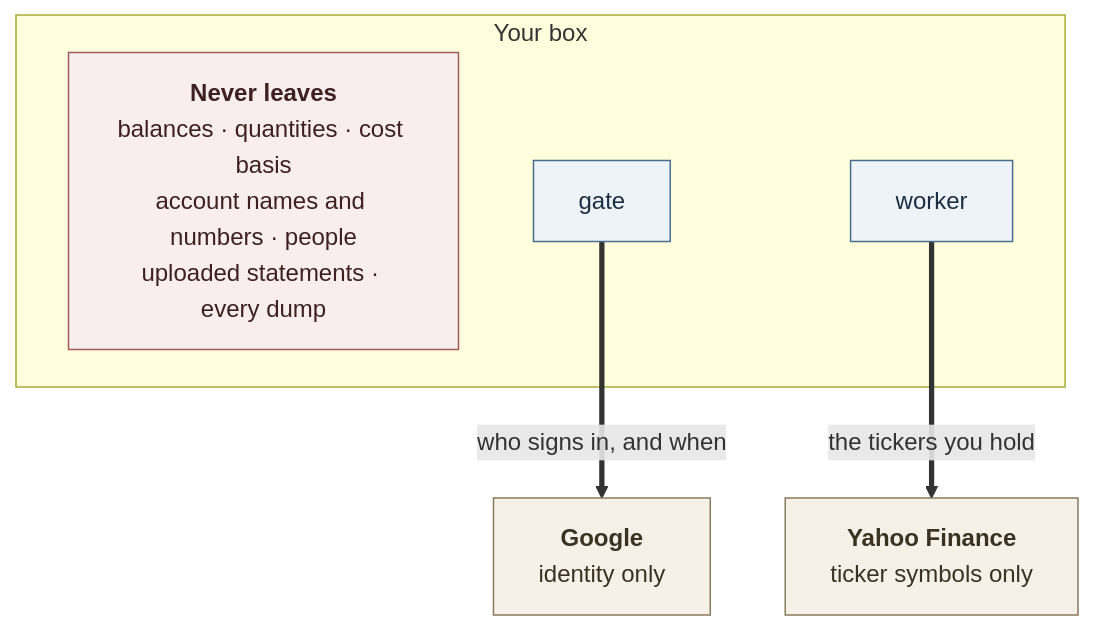
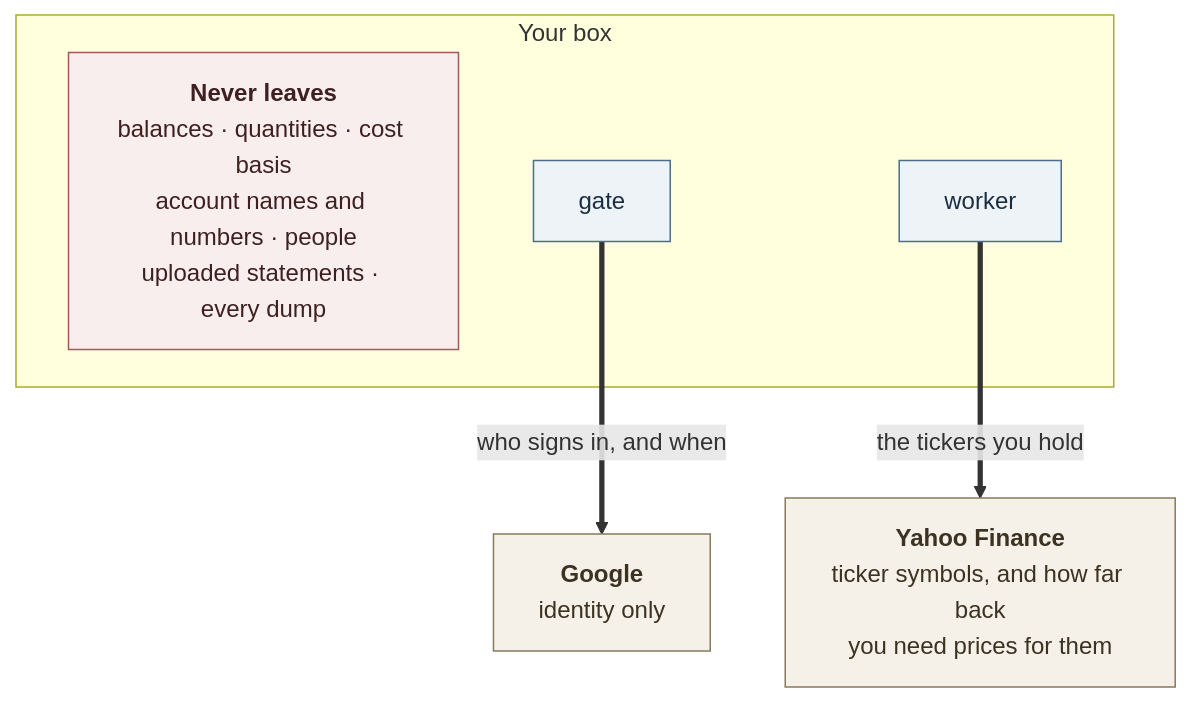
One commit to chethan123/portfolio changed the first of 4 diagrams in docs/security.md. Above: the diagram before and after it, drawn with Mermaid. The commit also changed other lines of this file, not shown here.

````diff
--- a/docs/security.md
+++ b/docs/security.md
@@ -24,21 +25,21 @@
 ```mermaid
 graph TB
     subgraph box["Your box"]
         never["<b>Never leaves</b><br/>balances · quantities · cost basis<br/>account names and numbers · people<br/>uploaded statements · every dump"]
         gate["gate"]
         worker["worker"]
     end
 
     google["<b>Google</b><br/>identity only"]
-    yahoo["<b>Yahoo Finance</b><br/>ticker symbols only"]
+    yahoo["<b>Yahoo Finance</b><br/>ticker symbols, and how far back<br/>you need prices for them"]
 
     gate ==>|"who signs in, and when"| google
     worker ==>|"the tickers you hold"| yahoo
 
     classDef keep fill:#f8eeee,stroke:#a05a5a,color:#3f2020
     classDef svc fill:#eef3f8,stroke:#4a6d8c,color:#1c2f42
     classDef ext fill:#f5f0e8,stroke:#8a7a5c,color:#3b3222
     class never keep
     class gate,worker svc
     class google,yahoo ext
 ```
````
